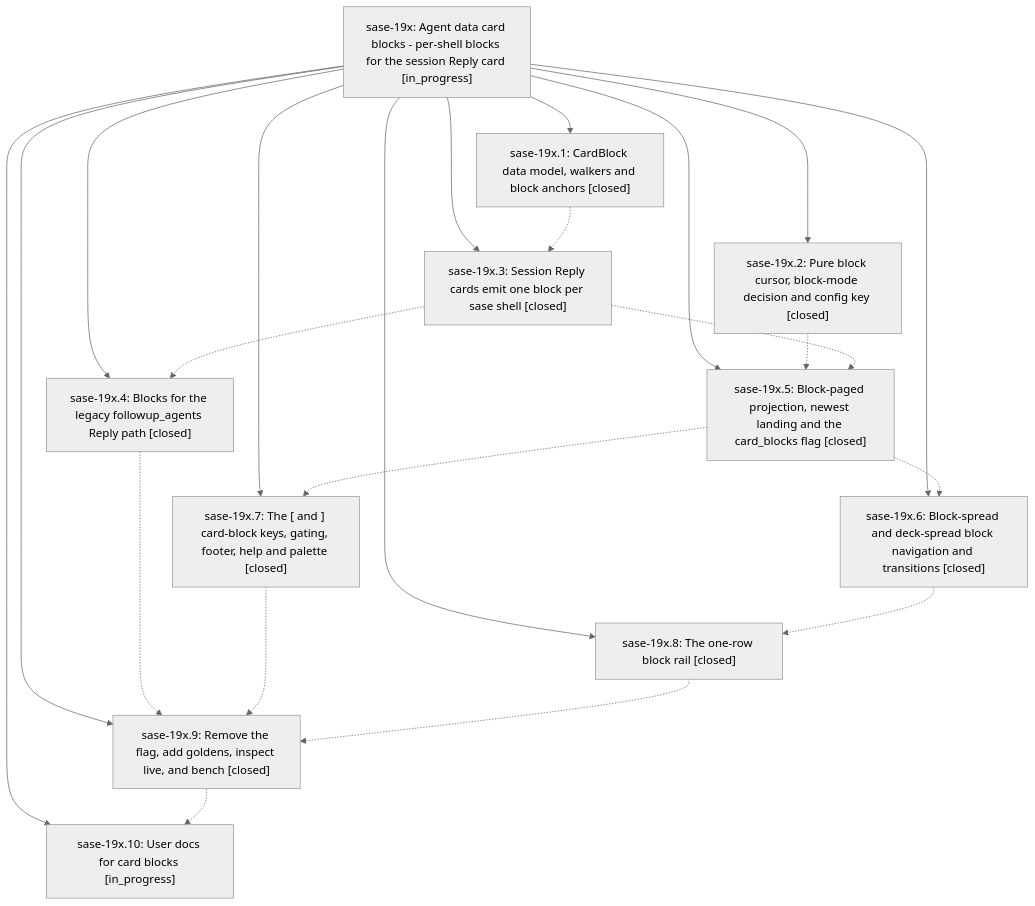
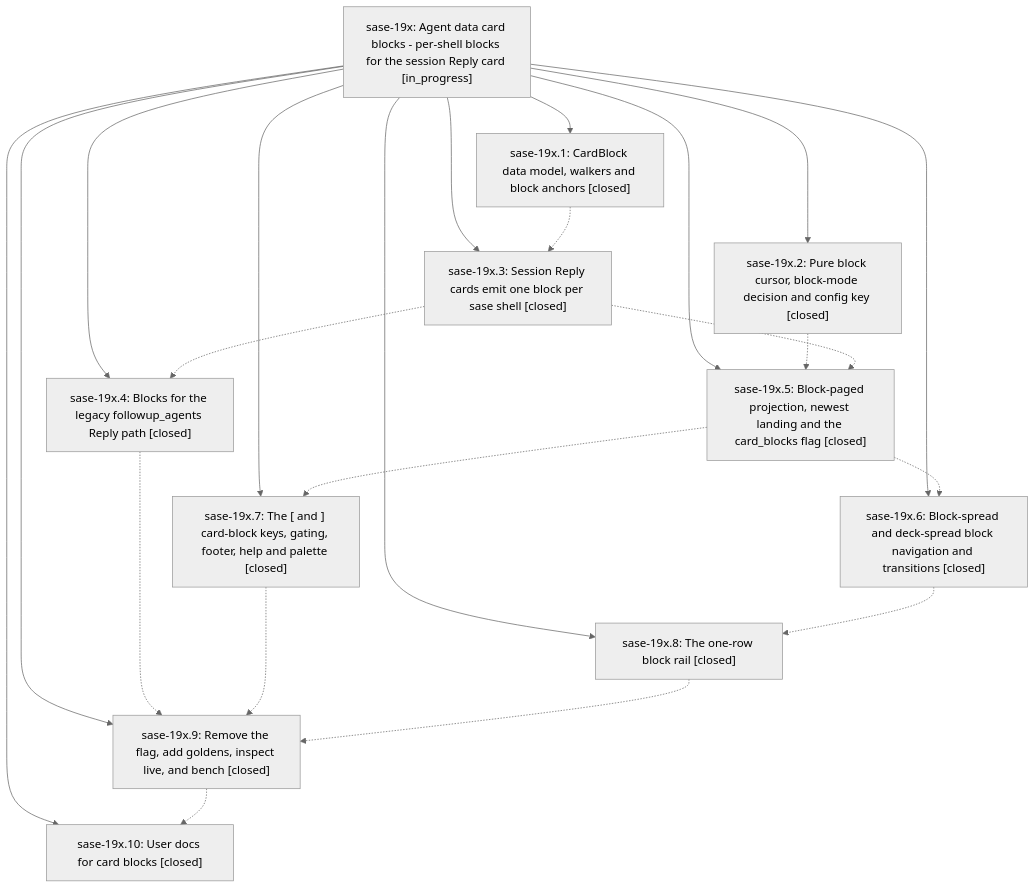
The diagram in pages/sase-19x/README.md (sase-org/sase--beads), drawn with Mermaid (neutral theme) before and after one commit. The commit also changed other lines of this file and 2 other files, not shown here.

First line of the commit message:
chore(beads): sync bead state and pages for sase-19x

````diff
--- a/pages/sase-19x/README.md
+++ b/pages/sase-19x/README.md
@@ -69,35 +69,35 @@
 ```mermaid
 flowchart TD
     n0["sase-19x: Agent data card blocks - per-shell blocks for the session Reply card [in_progress]"]
     n1["sase-19x.1: CardBlock data model, walkers and block anchors [closed]"]
-    n2["sase-19x.10: User docs for card blocks [in_progress]"]
+    n2["sase-19x.10: User docs for card blocks [closed]"]
     n3["sase-19x.2: Pure block cursor, block-mode decision and config key [closed]"]
     n4["sase-19x.3: Session Reply cards emit one block per sase shell [closed]"]
     n5["sase-19x.4: Blocks for the legacy followup_agents Reply path [closed]"]
     n6["sase-19x.5: Block-paged projection, newest landing and the card_blocks flag [closed]"]
     n7["sase-19x.6: Block-spread and deck-spread block navigation and transitions [closed]"]
     n8["sase-19x.7: The [ and ] card-block keys, gating, footer, help and palette [closed]"]
     n9["sase-19x.8: The one-row block rail [closed]"]
     n10["sase-19x.9: Remove the flag, add goldens, inspect live, and bench [closed]"]
     n0 --> n1
     n0 --> n2
     n0 --> n3
     n0 --> n4
     n0 --> n5
     n0 --> n6
     n0 --> n7
     n0 --> n8
     n0 --> n9
     n0 --> n10
     n1 -.-> n4
     n3 -.-> n6
     n4 -.-> n5
     n4 -.-> n6
     n5 -.-> n10
     n6 -.-> n7
     n6 -.-> n8
     n7 -.-> n9
     n8 -.-> n10
     n9 -.-> n10
     n10 -.-> n2
 ```
````
